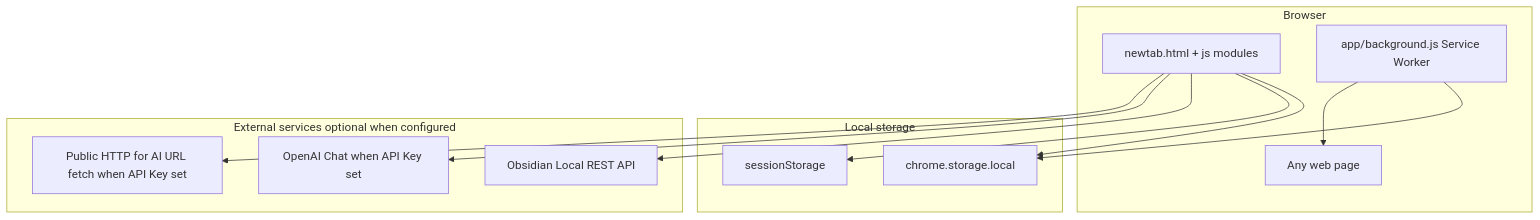
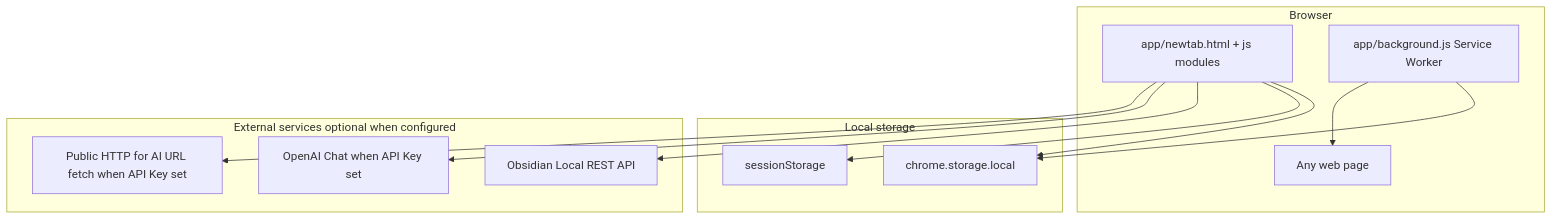
Before and after one commit to ktaishi/chrome_newtab_prompt_columns: the first of 5 diagrams in README.md, drawn with Mermaid. The commit also changed other lines of this file and 7 other files, not shown here.

Commit message:
Refactor shared and newtab entries into app directory.

````diff
--- a/README.md
+++ b/README.md
@@ -66,27 +66,27 @@
 ```mermaid
 flowchart TB
   subgraph client [Browser]
-    NT[newtab.html + js modules]
+    NT[app/newtab.html + js modules]
     SW[app/background.js Service Worker]
     WEB[Any web page]
   end
 
   subgraph local [Local storage]
     CSL[chrome.storage.local]
     SS[sessionStorage]
   end
 
   subgraph remote [External services optional when configured]
     OBS[Obsidian Local REST API]
     OAI[OpenAI Chat when API Key set]
     HTTP[Public HTTP for AI URL fetch when API Key set]
   end
 
   NT --> CSL
   NT --> SS
   SW --> CSL
   SW --> WEB
   NT --> OBS
   NT --> OAI
   NT --> HTTP
 ```
````
